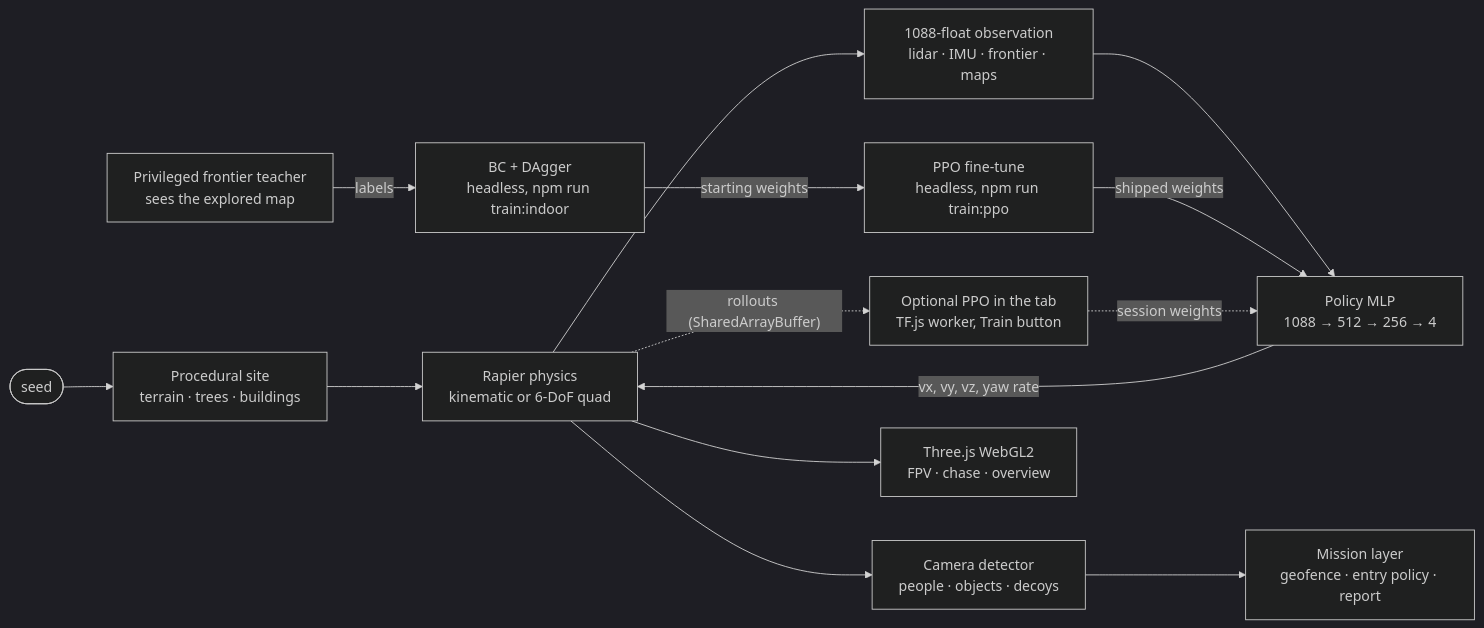
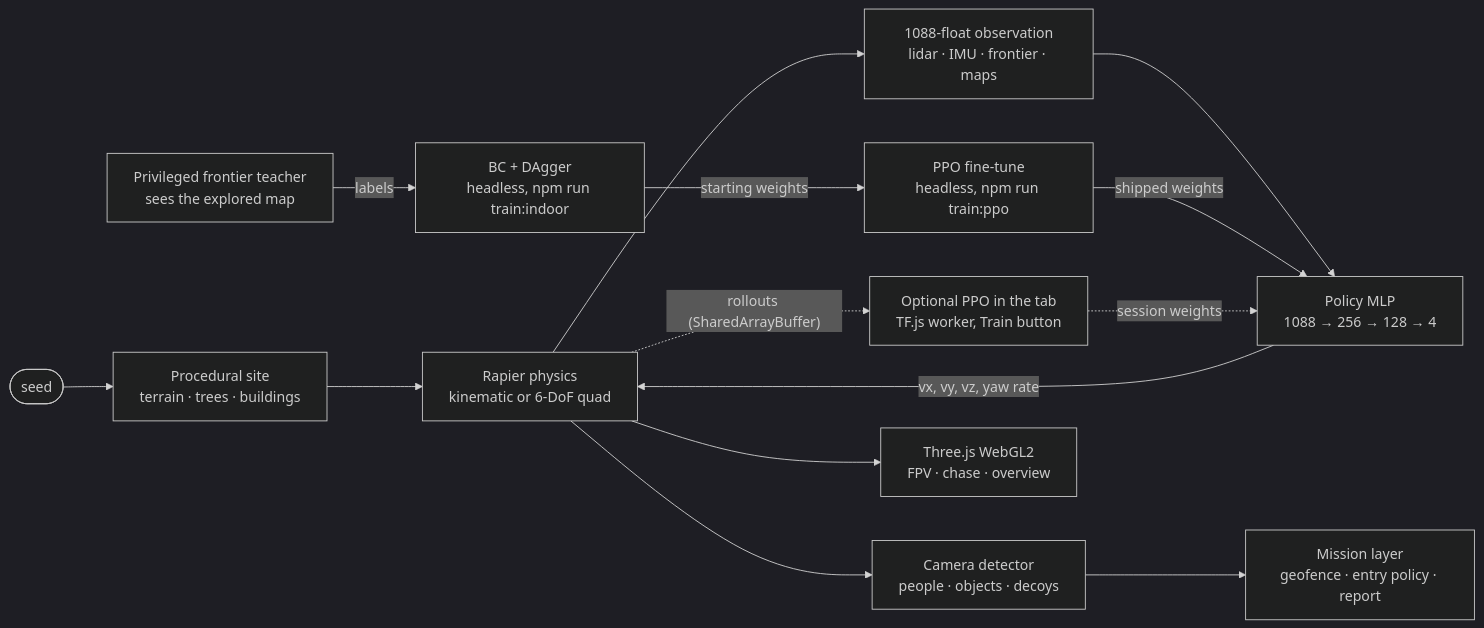
One commit to alexnieves-cs/frontier-fly changed the diagram in README.md. Above: the diagram before and after it, drawn with Mermaid (dark theme). The commit also changed other lines of this file and 1 other file, not shown here.

First line of the commit message:
README: current mission, interval, clip, benchmark and team figures; layer sizes in the diagram

````diff
--- a/README.md
+++ b/README.md
@@ -116,16 +116,16 @@
 ```mermaid
 flowchart LR
   Seed(["seed"]) --> Gen["Procedural site<br/>terrain · trees · buildings"]
   Gen --> Sim["Rapier physics<br/>kinematic or 6-DoF quad"]
   Sim --> Obs["1088-float observation<br/>lidar · IMU · frontier · maps"]
-  Obs --> Pol["Policy MLP<br/>1088 → 512 → 256 → 4"]
+  Obs --> Pol["Policy MLP<br/>1088 → 256 → 128 → 4"]
   Pol -- "vx, vy, vz, yaw rate" --> Sim
   Teacher["Privileged frontier teacher<br/>sees the explored map"] -- "labels" --> IL["BC + DAgger<br/>headless, npm run train:indoor"]
   IL -- "starting weights" --> FT["PPO fine-tune<br/>headless, npm run train:ppo"]
   FT -- "shipped weights" --> Pol
   Sim -. "rollouts (SharedArrayBuffer)" .-> PPO["Optional PPO in the tab<br/>TF.js worker, Train button"]
   PPO -. "session weights" .-> Pol
   Sim --> Det["Camera detector<br/>people · objects · decoys"]
   Det --> Mission["Mission layer<br/>geofence · entry policy · report"]
   Sim --> View["Three.js WebGL2<br/>FPV · chase · overview"]
 ```
````
